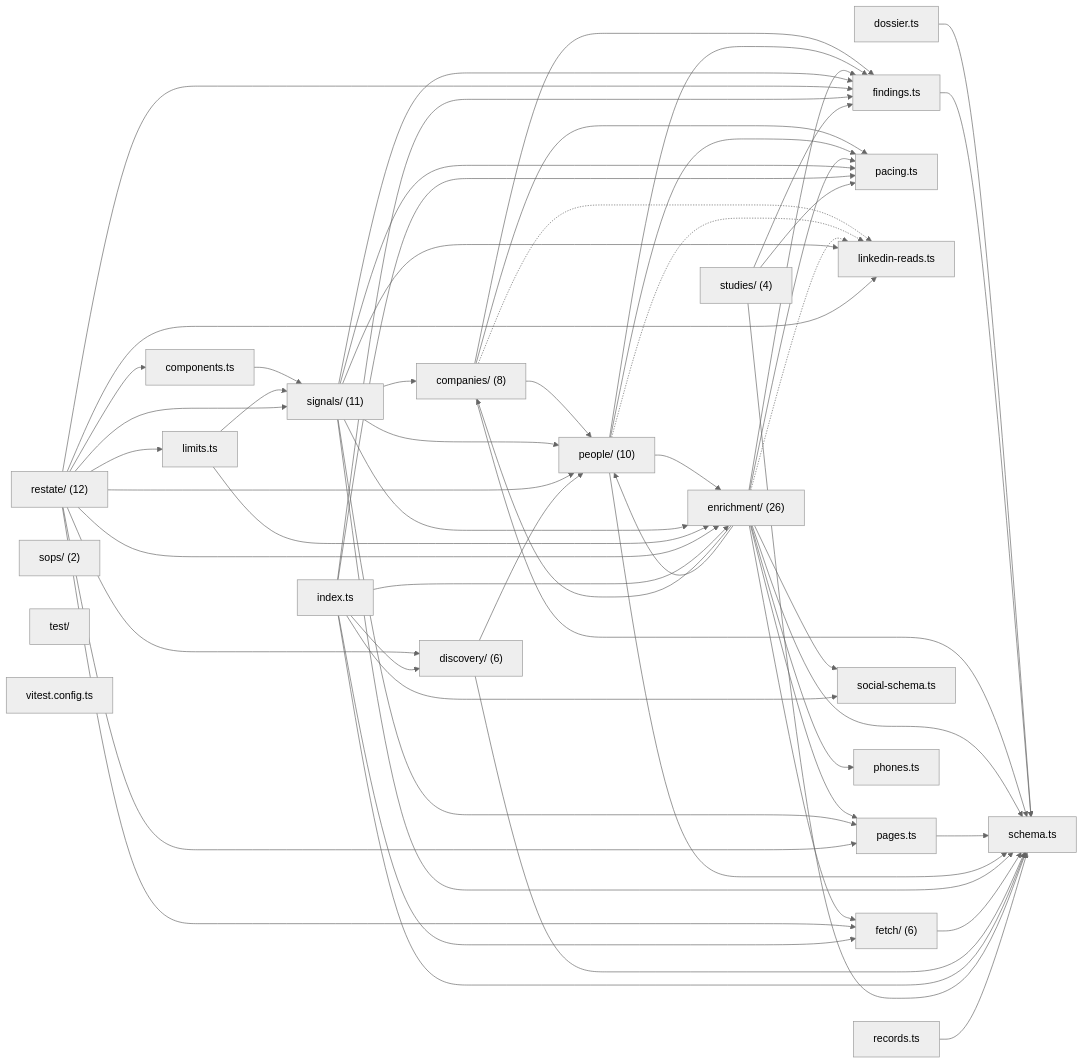
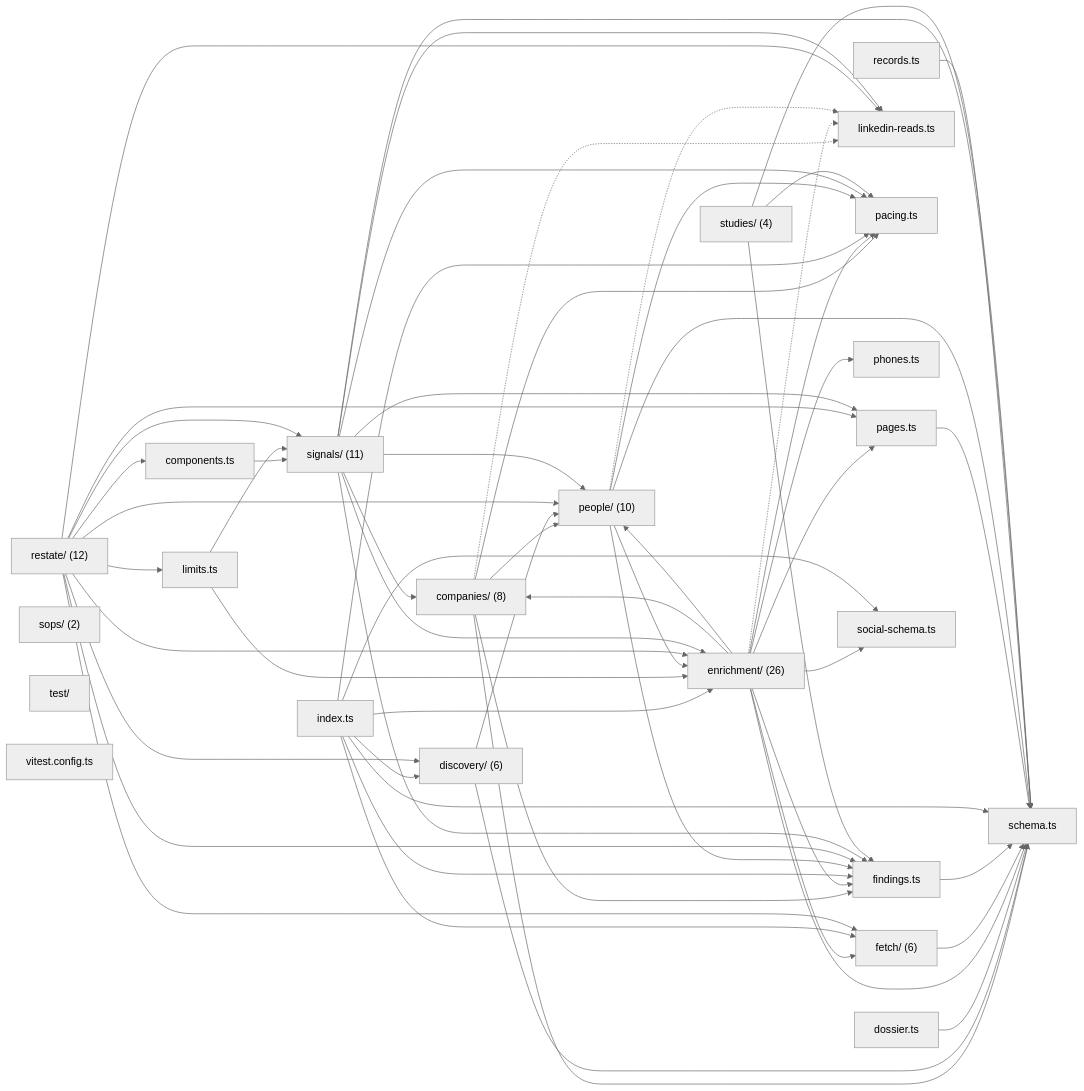
One commit to wrenautomation/wren changed the diagram in map/generated/imports/@wren+research.md. Above: the diagram before and after it, drawn with Mermaid (neutral theme). The commit also changed other lines of this file and 96 other files, not shown here.

````diff
--- a/map/generated/imports/@wren+research.md
+++ b/map/generated/imports/@wren+research.md
@@ -19,65 +19,66 @@
 ```mermaid
 flowchart LR
+  ncompanies_["companies/ (8)"]
+  ncomponents_ts["components.ts"]
+  ndiscovery_["discovery/ (6)"]
+  ndossier_ts["dossier.ts"]
+  nenrichment_["enrichment/ (26)"]
+  nfetch_["fetch/ (6)"]
+  nfindings_ts["findings.ts"]
+  nindex_ts["index.ts"]
+  nlimits_ts["limits.ts"]
+  nlinkedin_reads_ts["linkedin-reads.ts"]
+  npacing_ts["pacing.ts"]
+  npages_ts["pages.ts"]
+  npeople_["people/ (10)"]
+  nphones_ts["phones.ts"]
+  nrecords_ts["records.ts"]
+  nrestate_["restate/ (12)"]
   nschema_ts["schema.ts"]
-  ndossier_ts["dossier.ts"]
-  ncompanies_["companies/ (8)"]
-  npeople_["people/ (10)"]
-  nfindings_ts["findings.ts"]
-  npacing_ts["pacing.ts"]
-  nlinkedin_reads_ts["linkedin-reads.ts"]
-  nenrichment_["enrichment/ (26)"]
-  npages_ts["pages.ts"]
-  ncomponents_ts["components.ts"]
   nsignals_["signals/ (11)"]
   nsocial_schema_ts["social-schema.ts"]
-  nfetch_["fetch/ (6)"]
-  nphones_ts["phones.ts"]
-  nlimits_ts["limits.ts"]
-  nrestate_["restate/ (12)"]
-  ndiscovery_["discovery/ (6)"]
-  nindex_ts["index.ts"]
   nsops_["sops/ (2)"]
   nstudies_["studies/ (4)"]
-  nrecords_ts["records.ts"]
   ntest_["test/"]
   nvitest_config_ts["vitest.config.ts"]
-  ndossier_ts --> nschema_ts
   ncompanies_ --> npeople_
   ncompanies_ --> nfindings_ts
   ncompanies_ --> npacing_ts
-  nfindings_ts --> nschema_ts
+  ncompanies_ -.-> nlinkedin_reads_ts
   ncompanies_ --> nschema_ts
-  ncompanies_ -.-> nlinkedin_reads_ts
-  npeople_ --> npacing_ts
-  npeople_ --> nenrichment_
-  npeople_ --> nfindings_ts
-  npeople_ -.-> nlinkedin_reads_ts
+  ncomponents_ts --> nsignals_
+  ndiscovery_ --> npeople_
+  ndiscovery_ --> nschema_ts
+  ndossier_ts --> nschema_ts
+  nenrichment_ --> npacing_ts
+  nenrichment_ --> nschema_ts
   nenrichment_ --> ncompanies_
-  nenrichment_ -.-> nlinkedin_reads_ts
-  nenrichment_ --> npacing_ts
   nenrichment_ --> npages_ts
   nenrichment_ --> npeople_
-  nenrichment_ --> nschema_ts
-  npages_ts --> nschema_ts
-  npeople_ --> nschema_ts
-  ncomponents_ts --> nsignals_
-  nsignals_ --> nenrichment_
-  nsignals_ --> npacing_ts
-  nsignals_ --> nschema_ts
+  nenrichment_ --> nphones_ts
+  nenrichment_ --> nfetch_
   nenrichment_ --> nfindings_ts
   nenrichment_ --> nsocial_schema_ts
-  nsignals_ --> nfindings_ts
-  nsignals_ --> npages_ts
-  nsignals_ --> npeople_
-  nsignals_ --> ncompanies_
-  nsignals_ --> nlinkedin_reads_ts
-  nenrichment_ --> nfetch_
+  nenrichment_ -.-> nlinkedin_reads_ts
   nfetch_ --> nschema_ts
-  nenrichment_ --> nphones_ts
+  nfindings_ts --> nschema_ts
+  nindex_ts --> ndiscovery_
+  nindex_ts --> nenrichment_
+  nindex_ts --> nfetch_
+  nindex_ts --> nfindings_ts
+  nindex_ts --> npacing_ts
+  nindex_ts --> nschema_ts
+  nindex_ts --> nsocial_schema_ts
   nlimits_ts --> nenrichment_
   nlimits_ts --> nsignals_
+  npages_ts --> nschema_ts
+  npeople_ --> npacing_ts
+  npeople_ --> nfindings_ts
+  npeople_ --> nschema_ts
+  npeople_ --> nenrichment_
+  npeople_ -.-> nlinkedin_reads_ts
+  nrecords_ts --> nschema_ts
   nrestate_ --> ndiscovery_
-  ndiscovery_ --> nschema_ts
   nrestate_ --> nenrichment_
   nrestate_ --> nfetch_
   nrestate_ --> npages_ts
@@ -87,16 +88,15 @@
   nrestate_ --> nsignals_
   nrestate_ --> ncomponents_ts
   nrestate_ --> npeople_
-  nindex_ts --> ndiscovery_
-  nindex_ts --> nenrichment_
-  nindex_ts --> nfetch_
-  nindex_ts --> nfindings_ts
-  nindex_ts --> npacing_ts
-  nindex_ts --> nschema_ts
-  nindex_ts --> nsocial_schema_ts
-  ndiscovery_ --> npeople_
+  nsignals_ --> nenrichment_
+  nsignals_ --> npacing_ts
+  nsignals_ --> nschema_ts
+  nsignals_ --> npeople_
+  nsignals_ --> ncompanies_
+  nsignals_ --> nfindings_ts
+  nsignals_ --> nlinkedin_reads_ts
+  nsignals_ --> npages_ts
   nstudies_ --> nfindings_ts
   nstudies_ --> npacing_ts
   nstudies_ --> nschema_ts
-  nrecords_ts --> nschema_ts
 ```
````
